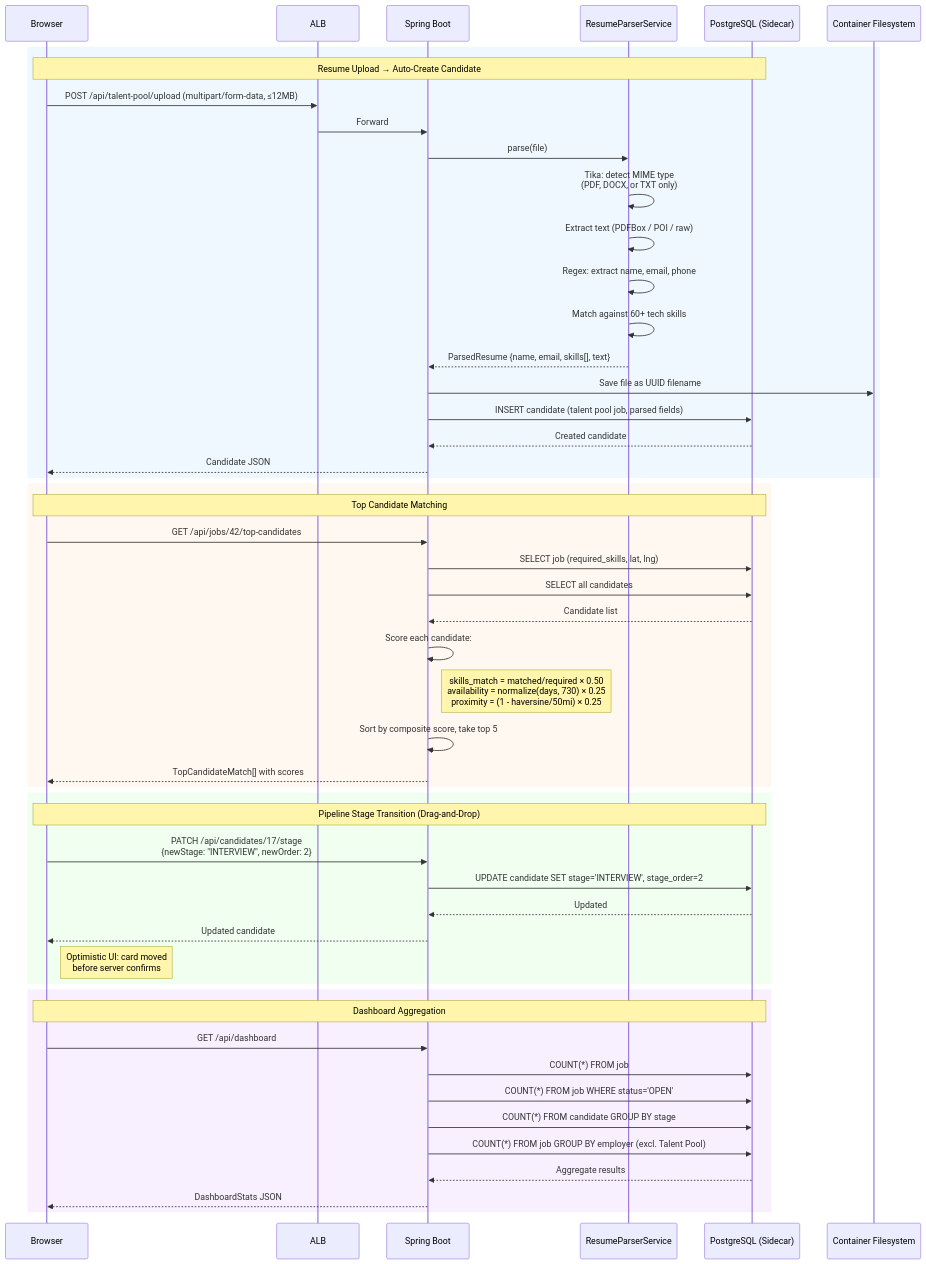
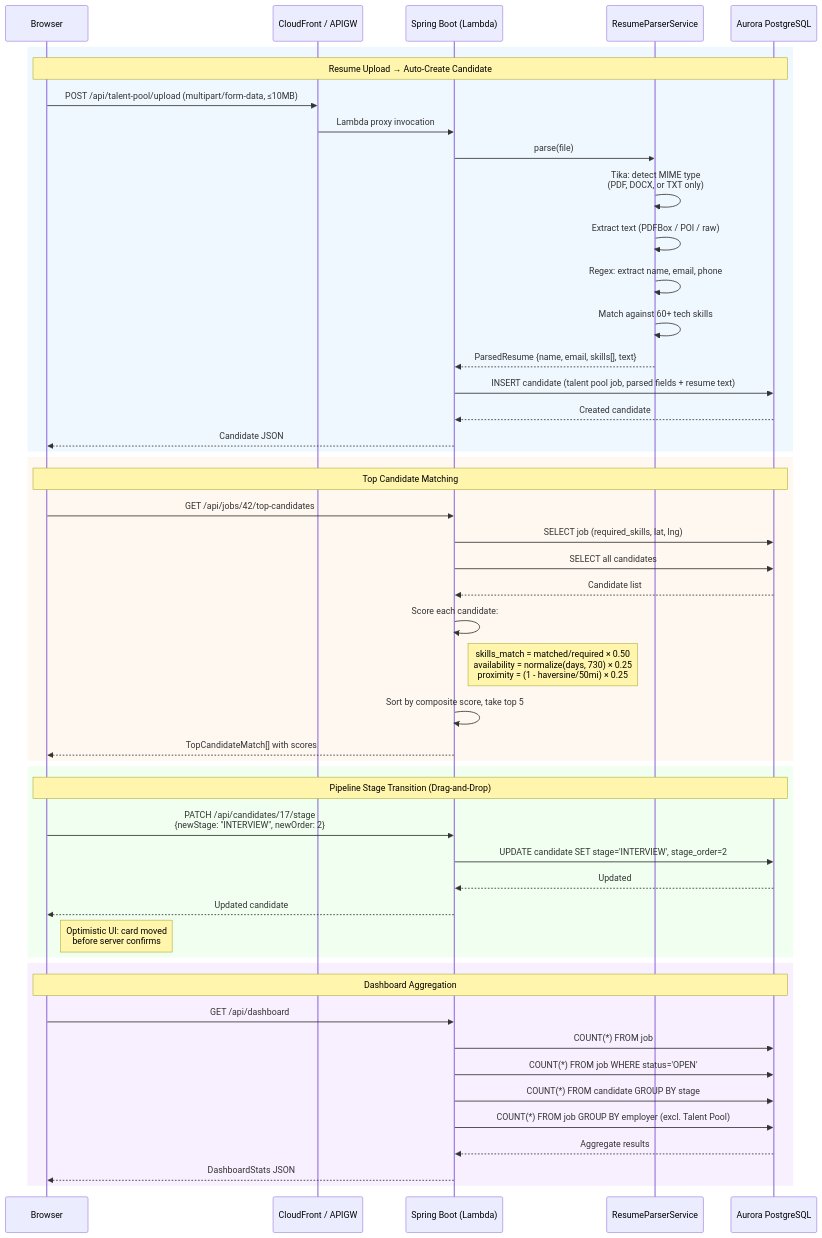
One commit to clark22134/MyPortfolioWebsite changed the ninth of 13 diagrams in docs/ARCHITECTURE.md. Above: the diagram before and after it, drawn with Mermaid. The commit also changed other lines of this file and 96 other files, not shown here.

````diff
--- a/docs/ARCHITECTURE.md
+++ b/docs/ARCHITECTURE.md
@@ -485,57 +477,55 @@
 ```mermaid
 sequenceDiagram
     participant B as Browser
-    participant ALB as ALB
-    participant API as Spring Boot
+    participant CF as CloudFront / APIGW
+    participant API as Spring Boot (Lambda)
     participant Parser as ResumeParserService
-    participant DB as PostgreSQL (Sidecar)
-    participant FS as Container Filesystem
+    participant DB as Aurora PostgreSQL
 
     rect rgb(240, 248, 255)
         Note over B,DB: Resume Upload → Auto-Create Candidate
-        B->>ALB: POST /api/talent-pool/upload (multipart/form-data, ≤12MB)
-        ALB->>API: Forward
+        B->>CF: POST /api/talent-pool/upload (multipart/form-data, ≤10MB)
+        CF->>API: Lambda proxy invocation
         API->>Parser: parse(file)
         Parser->>Parser: Tika: detect MIME type<br/>(PDF, DOCX, or TXT only)
         Parser->>Parser: Extract text (PDFBox / POI / raw)
         Parser->>Parser: Regex: extract name, email, phone
         Parser->>Parser: Match against 60+ tech skills
         Parser-->>API: ParsedResume {name, email, skills[], text}
-        API->>FS: Save file as UUID filename
-        API->>DB: INSERT candidate (talent pool job, parsed fields)
+        API->>DB: INSERT candidate (talent pool job, parsed fields + resume text)
         DB-->>API: Created candidate
         API-->>B: Candidate JSON
     end
 
     rect rgb(255, 248, 240)
         Note over B,DB: Top Candidate Matching
         B->>API: GET /api/jobs/42/top-candidates
         API->>DB: SELECT job (required_skills, lat, lng)
         API->>DB: SELECT all candidates
         DB-->>API: Candidate list
         API->>API: Score each candidate:
         Note right of API: skills_match = matched/required × 0.50<br/>availability = normalize(days, 730) × 0.25<br/>proximity = (1 - haversine/50mi) × 0.25
         API->>API: Sort by composite score, take top 5
         API-->>B: TopCandidateMatch[] with scores
     end
 
     rect rgb(240, 255, 240)
         Note over B,DB: Pipeline Stage Transition (Drag-and-Drop)
         B->>API: PATCH /api/candidates/17/stage<br/>{newStage: "INTERVIEW", newOrder: 2}
         API->>DB: UPDATE candidate SET stage='INTERVIEW', stage_order=2
         DB-->>API: Updated
         API-->>B: Updated candidate
         Note right of B: Optimistic UI: card moved<br/>before server confirms
     end
 
     rect rgb(248, 240, 255)
         Note over B,DB: Dashboard Aggregation
         B->>API: GET /api/dashboard
         API->>DB: COUNT(*) FROM job
         API->>DB: COUNT(*) FROM job WHERE status='OPEN'
         API->>DB: COUNT(*) FROM candidate GROUP BY stage
         API->>DB: COUNT(*) FROM job GROUP BY employer (excl. Talent Pool)
         DB-->>API: Aggregate results
         API-->>B: DashboardStats JSON
     end
 ```
````
